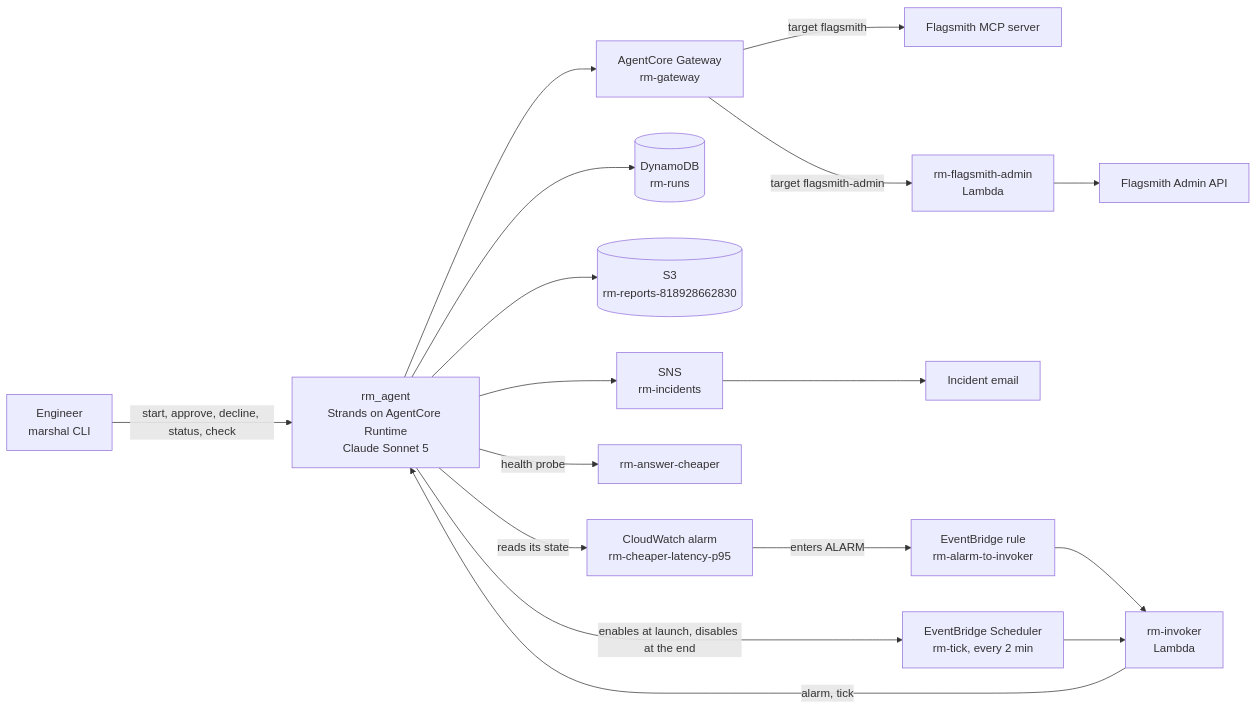
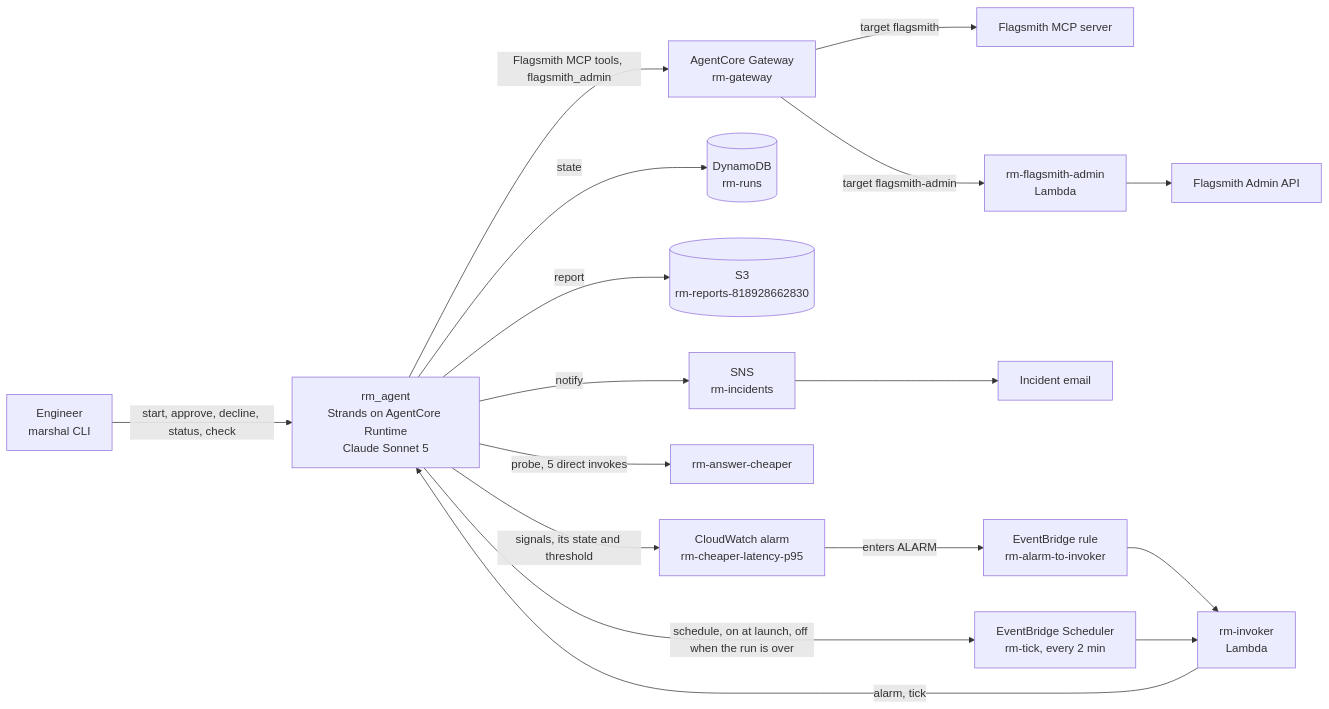
Before and after one commit to abebars/rollout-marshal: the third of 4 diagrams in README.md, drawn with Mermaid. The commit also changed other lines of this file, not shown here.

````diff
--- a/README.md
+++ b/README.md
@@ -203,18 +291,18 @@
 ```mermaid
 flowchart LR
   eng["Engineer<br/>marshal CLI"] -->|"start, approve, decline, status, check"| agent["rm_agent<br/>Strands on AgentCore Runtime<br/>Claude Sonnet 5"]
   alarm["CloudWatch alarm<br/>rm-cheaper-latency-p95"] -->|"enters ALARM"| rule["EventBridge rule<br/>rm-alarm-to-invoker"]
   rule --> invoker["rm-invoker<br/>Lambda"]
   tick["EventBridge Scheduler<br/>rm-tick, every 2 min"] --> invoker
   invoker -->|"alarm, tick"| agent
-  agent --> gateway["AgentCore Gateway<br/>rm-gateway"]
+  agent -->|"Flagsmith MCP tools, flagsmith_admin"| gateway["AgentCore Gateway<br/>rm-gateway"]
   gateway -->|"target flagsmith"| mcp["Flagsmith MCP server"]
   gateway -->|"target flagsmith-admin"| admin["rm-flagsmith-admin<br/>Lambda"]
   admin --> adminapi["Flagsmith Admin API"]
-  agent --> runs[("DynamoDB<br/>rm-runs")]
-  agent --> reports[("S3<br/>rm-reports-818928662830")]
-  agent --> sns["SNS<br/>rm-incidents"] --> mail["Incident email"]
-  agent -->|"health probe"| probe["rm-answer-cheaper"]
-  agent -->|"reads its state"| alarm
-  agent -->|"enables at launch, disables at the end"| tick
+  agent -->|"state"| runs[("DynamoDB<br/>rm-runs")]
+  agent -->|"report"| reports[("S3<br/>rm-reports-818928662830")]
+  agent -->|"notify"| sns["SNS<br/>rm-incidents"] --> mail["Incident email"]
+  agent -->|"probe, 5 direct invokes"| probe["rm-answer-cheaper"]
+  agent -->|"signals, its state and threshold"| alarm
+  agent -->|"schedule, on at launch, off when the run is over"| tick
 ```
````
